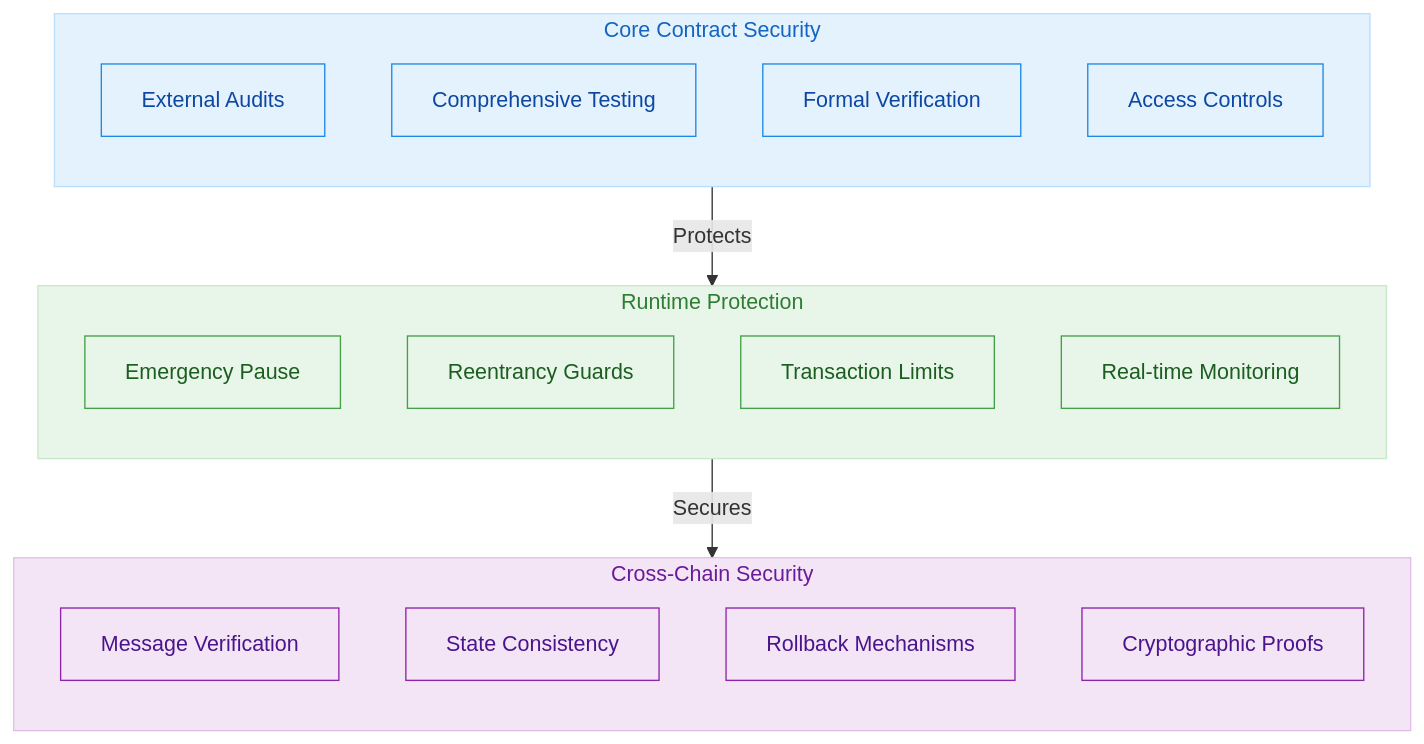
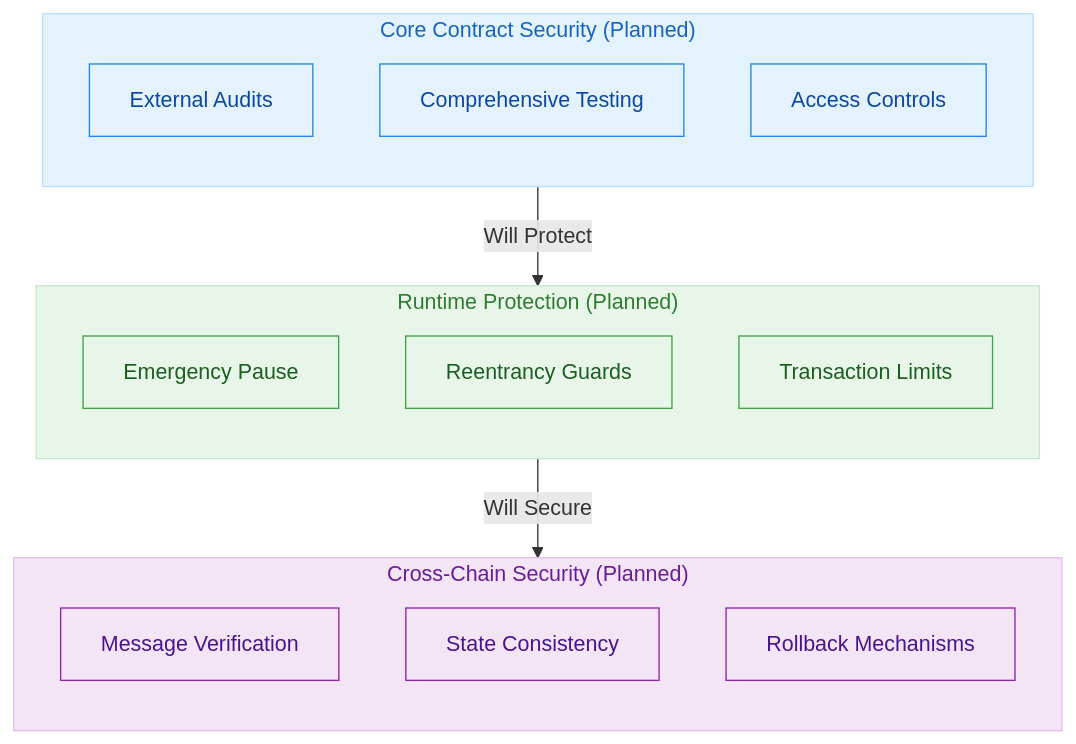
The diagram in docs/concepts/security.md (wenakita/sonicreddragon-docs), drawn with Mermaid before and after one commit. The commit also changed other lines of this file, not shown here.

Commit message:
Update security architecture to reflect current status and future plans

````diff
--- a/docs/concepts/security.md
+++ b/docs/concepts/security.md
@@ -16,41 +16,38 @@
 ```mermaid
 flowchart TB
     %% Define main security layers
-    subgraph CoreSecurity ["Core Contract Security"]
+    subgraph CoreSecurity ["Core Contract Security (Planned)"]
         direction TB
         AUDITS["External Audits"]:::core
         TESTING["Comprehensive Testing"]:::core
-        FORMAL["Formal Verification"]:::core
         ACCESS["Access Controls"]:::core
     end
     
-    subgraph RuntimeSecurity ["Runtime Protection"]
+    subgraph RuntimeSecurity ["Runtime Protection (Planned)"]
         direction TB
         PAUSE["Emergency Pause"]:::runtime
         GUARD["Reentrancy Guards"]:::runtime
         LIMITS["Transaction Limits"]:::runtime
-        MONITORING["Real-time Monitoring"]:::runtime
     end
     
-    subgraph CrossChainSecurity ["Cross-Chain Security"]
+    subgraph CrossChainSecurity ["Cross-Chain Security (Planned)"]
         direction TB
         MESSAGE["Message Verification"]:::crosschain
         CONSISTENCY["State Consistency"]:::crosschain
         ROLLBACK["Rollback Mechanisms"]:::crosschain
-        PROOFS["Cryptographic Proofs"]:::crosschain
     end
     
     %% Connect the systems
-    CoreSecurity -->|"Protects"| RuntimeSecurity
-    RuntimeSecurity -->|"Secures"| CrossChainSecurity
+    CoreSecurity -->|"Will Protect"| RuntimeSecurity
+    RuntimeSecurity -->|"Will Secure"| CrossChainSecurity
     
     %% Apply styling
     classDef core fill:#e3f2fd,stroke:#1e88e5,color:#0d47a1
     classDef runtime fill:#e8f5e9,stroke:#43a047,color:#1b5e20
     classDef crosschain fill:#f3e5f5,stroke:#8e24aa,color:#4a148c
     
     %% Style subgraphs
     style CoreSecurity fill:#e3f2fd,stroke:#bbdefb,color:#1565c0
     style RuntimeSecurity fill:#e8f5e9,stroke:#c8e6c9,color:#2e7d32
     style CrossChainSecurity fill:#f3e5f5,stroke:#e1bee7,color:#6a1b9a
 ```
````
